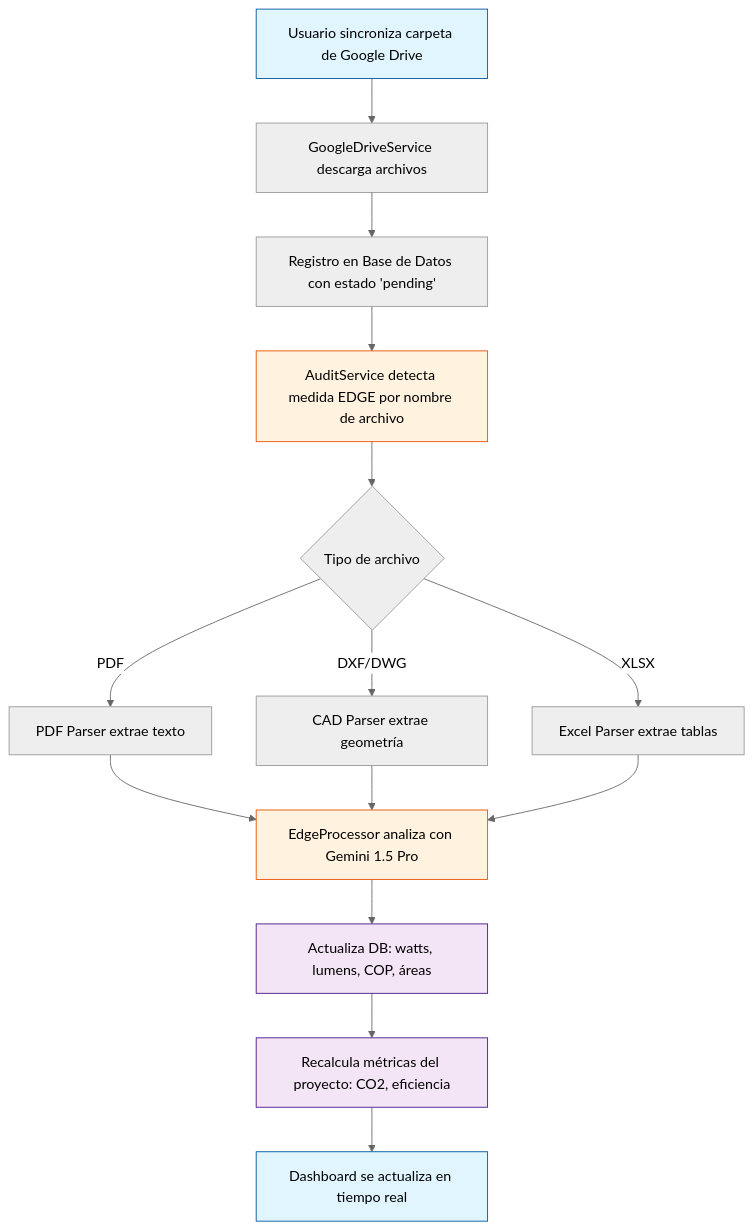
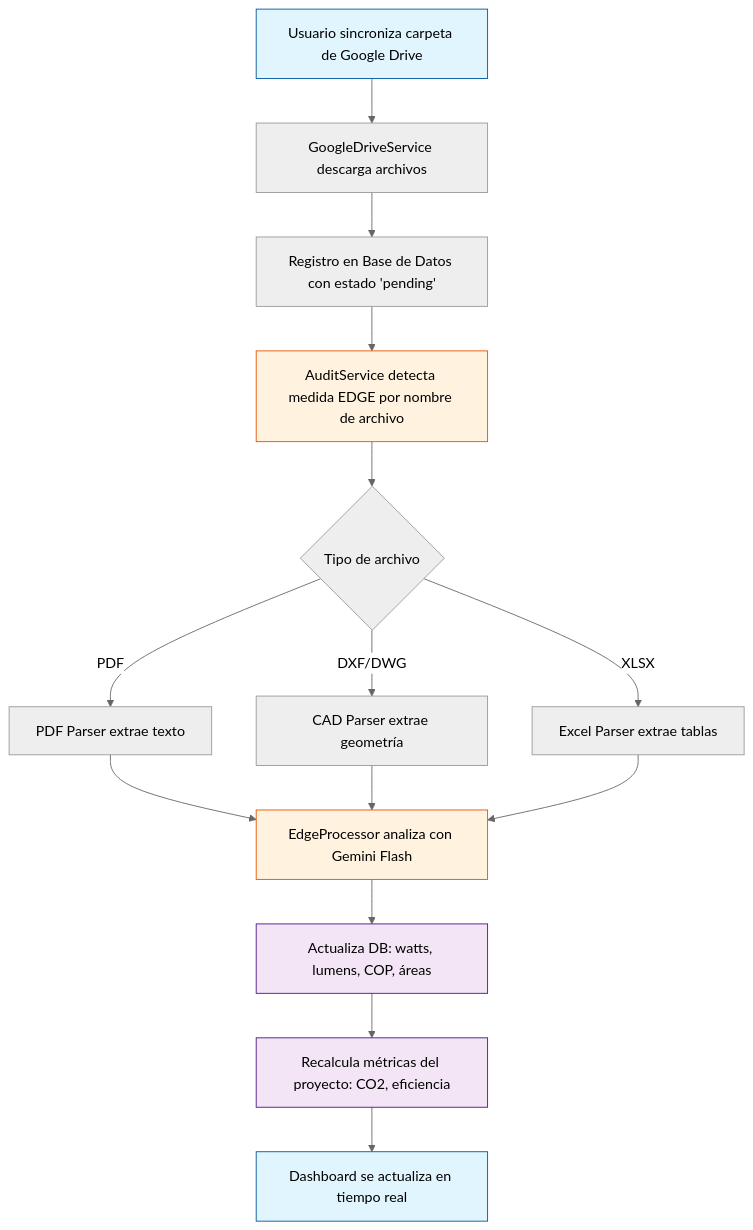
The second of 2 diagrams in README.md (gproatechnology/GProA_Edge), drawn with Mermaid (neutral theme) before and after one commit. The commit also changed other lines of this file, not shown here.

Commit message:
Update README for Gemini Flash integration

````diff
--- a/README.md
+++ b/README.md
@@ -57,21 +57,21 @@
 ```mermaid
 flowchart TD
     A[Usuario sincroniza carpeta de Google Drive] --> B[GoogleDriveService descarga archivos]
     B --> C[Registro en Base de Datos con estado 'pending']
     C --> D[AuditService detecta medida EDGE por nombre de archivo]
     D --> E{Tipo de archivo}
     E -->|PDF| F[PDF Parser extrae texto]
     E -->|DXF/DWG| G[CAD Parser extrae geometría]
     E -->|XLSX| H[Excel Parser extrae tablas]
-    F & G & H --> I[EdgeProcessor analiza con Gemini 1.5 Pro]
+    F & G & H --> I[EdgeProcessor analiza con Gemini Flash]
     I --> J[Actualiza DB: watts, lumens, COP, áreas]
     J --> K[Recalcula métricas del proyecto: CO2, eficiencia]
     K --> L[Dashboard se actualiza en tiempo real]
 
     classDef startEnd fill:#e1f5fe,stroke:#01579b
     classDef ai fill:#fff3e0,stroke:#e65100
     classDef db fill:#f3e5f5,stroke:#4a148c
     class A,L startEnd
     class I,D ai
     class J,K db
 ```
````
